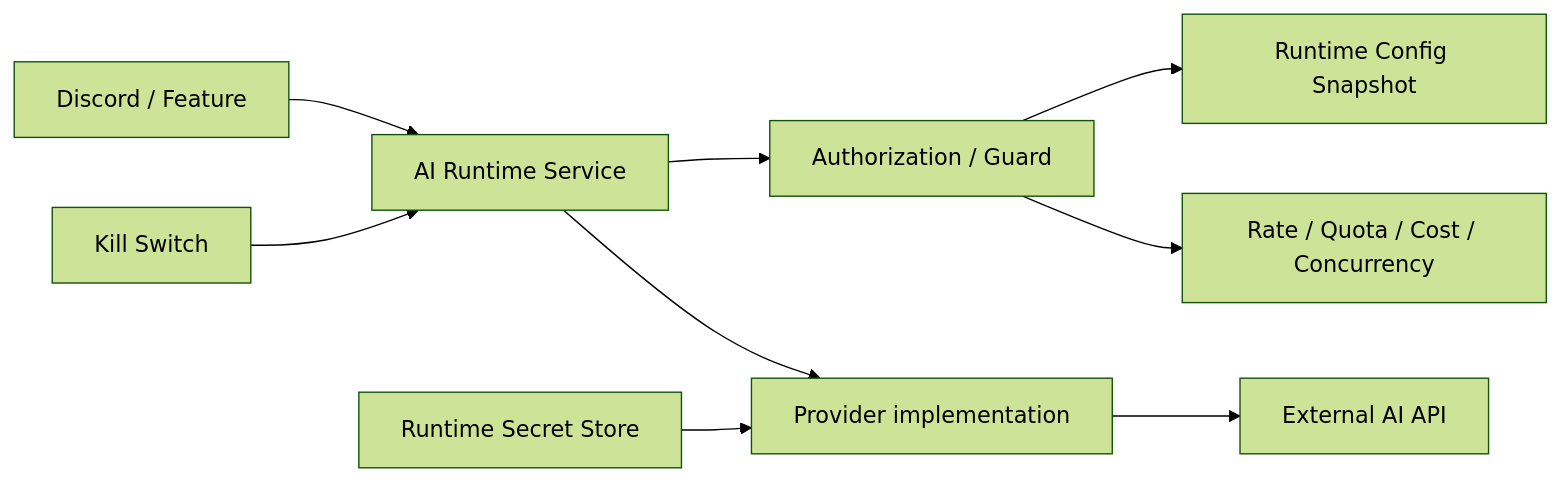
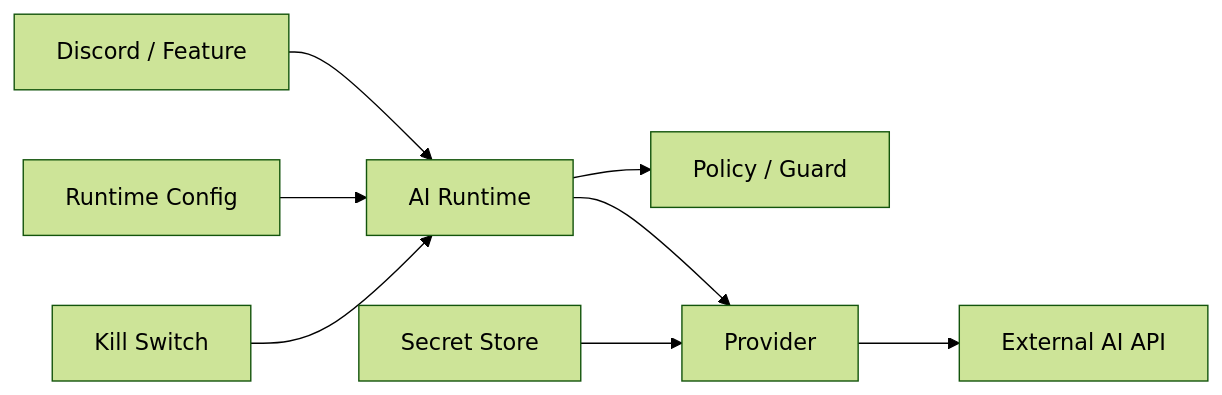
One commit to mizzz-ivr/tech-writing changed the diagram in articles/ai-runtime-safety-boundary/article.md. Above: the diagram before and after it, drawn with Mermaid (forest theme). The commit also changed other lines of this file, not shown here.

````diff
--- a/articles/ai-runtime-safety-boundary/article.md
+++ b/articles/ai-runtime-safety-boundary/article.md
@@ -39,11 +37,10 @@
 ```mermaid
 graph LR
-  A["Discord / Feature"] --> B["AI Runtime Service"]
-  B --> C["Authorization / Guard"]
-  C --> D["Runtime Config Snapshot"]
-  C --> E["Rate / Quota / Cost / Concurrency"]
-  B --> F["Provider implementation"]
-  F --> G["External AI API"]
-  H["Runtime Secret Store"] --> F
-  I["Kill Switch"] --> B
+  A["Discord / Feature"] --> B["AI Runtime"]
+  B --> C["Policy / Guard"]
+  B --> D["Provider"]
+  E["Runtime Config"] --> B
+  F["Secret Store"] --> D
+  G["Kill Switch"] --> B
+  D --> H["External AI API"]
 ```
````
